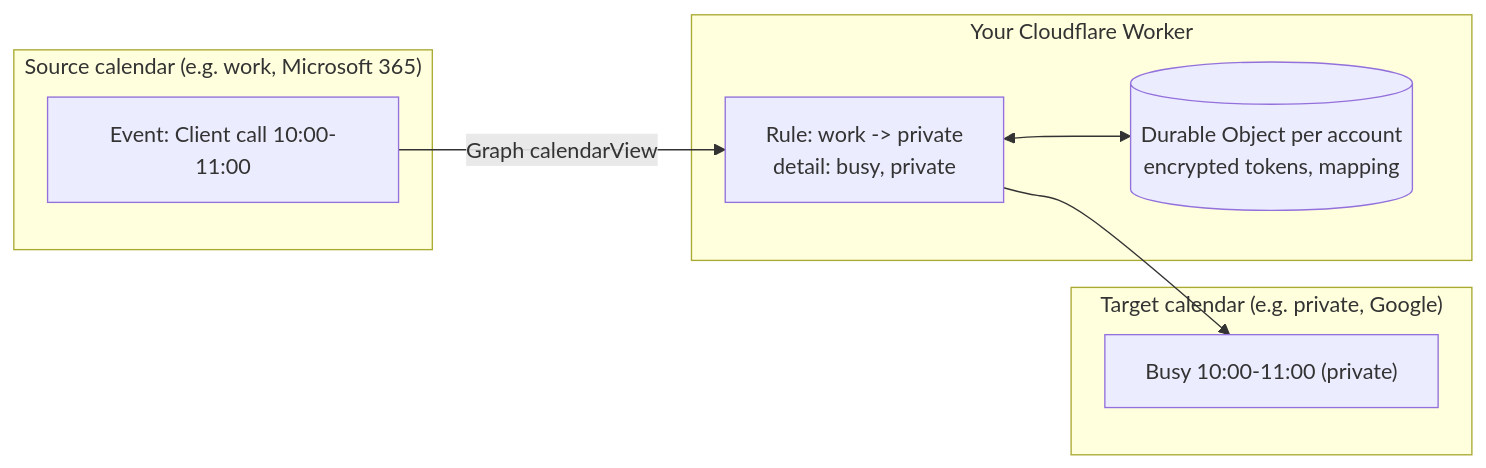
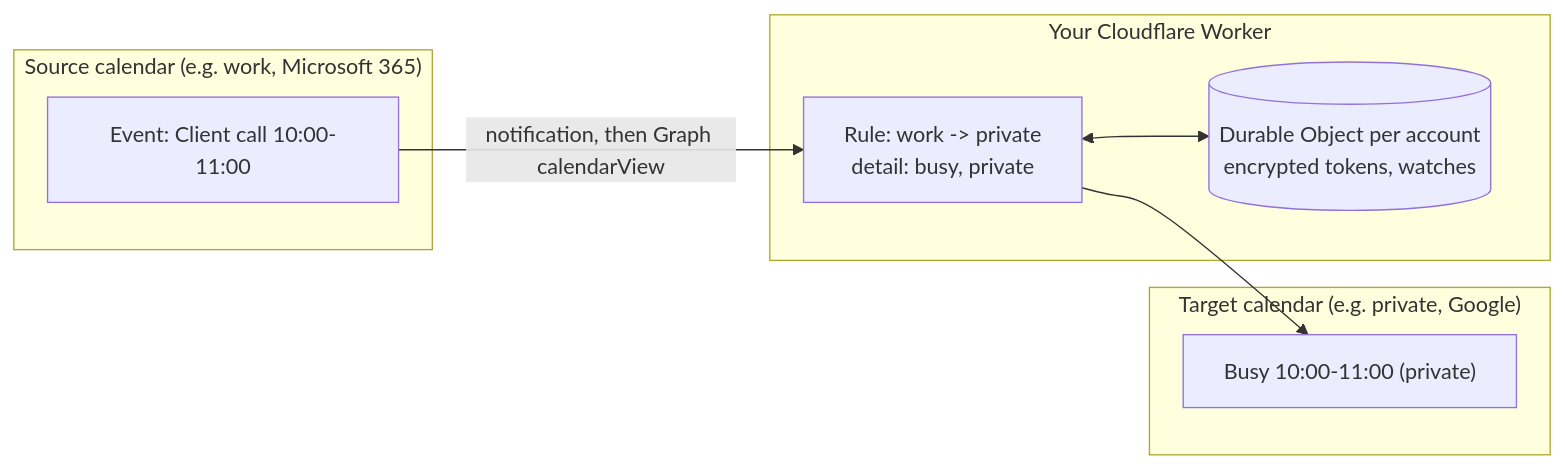
Before and after one commit to michaeljauk/slotmirror: the diagram in README.md, drawn with Mermaid. The commit also changed other lines of this file and 4 other files, not shown here.

````diff
--- a/README.md
+++ b/README.md
@@ -30,15 +215,15 @@
 ```mermaid
 flowchart LR
   subgraph Source["Source calendar (e.g. work, Microsoft 365)"]
     E["Event: Client call 10:00-11:00"]
   end
   subgraph Worker["Your Cloudflare Worker"]
     R["Rule: work -> private<br/>detail: busy, private"]
-    S[("Durable Object per account<br/>encrypted tokens, mapping")]
+    S[("Durable Object per account<br/>encrypted tokens, watches")]
   end
   subgraph Target["Target calendar (e.g. private, Google)"]
     B["Busy 10:00-11:00 (private)"]
   end
-  E -- "Graph calendarView" --> R --> B
+  E -- "notification, then Graph calendarView" --> R --> B
   R <--> S
 ```
````
